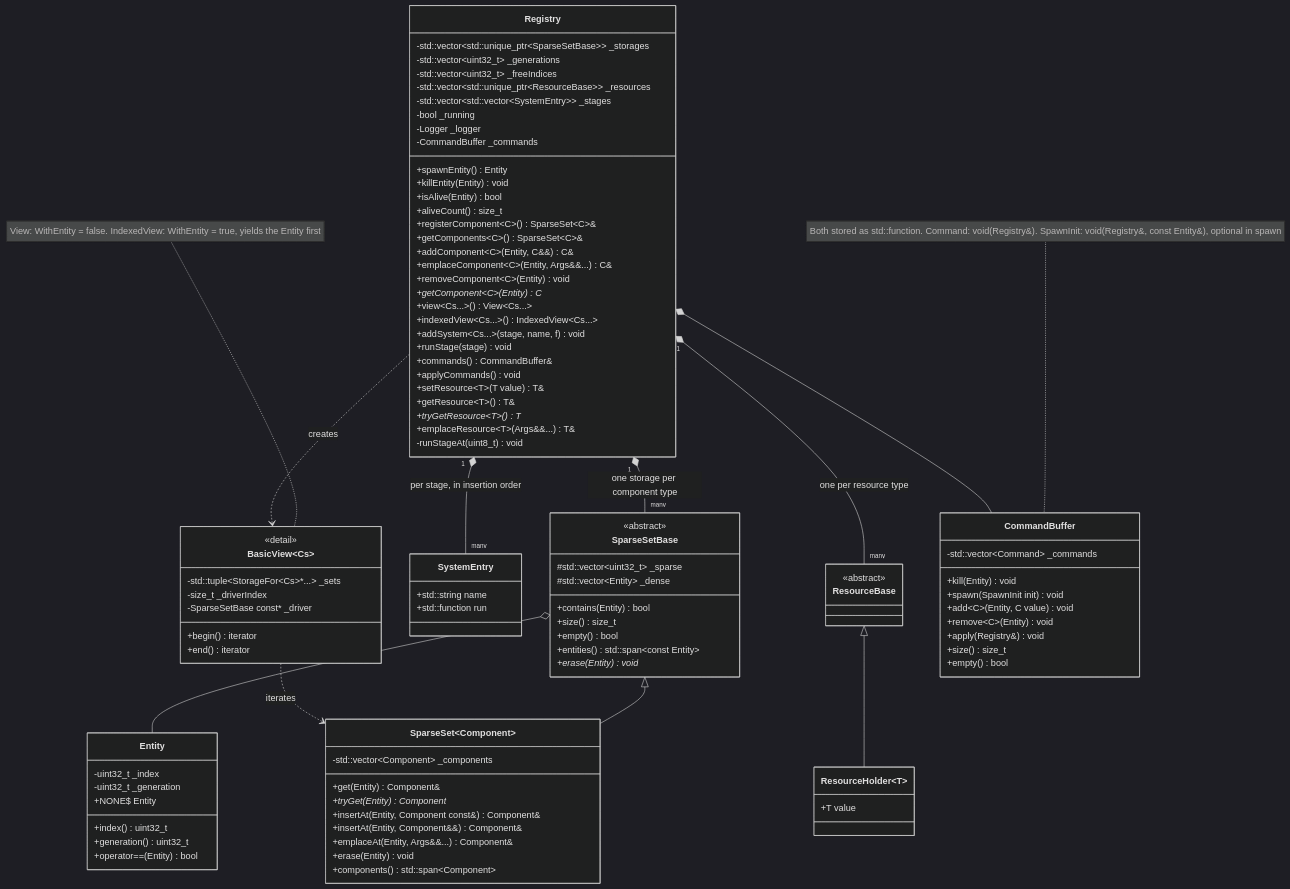
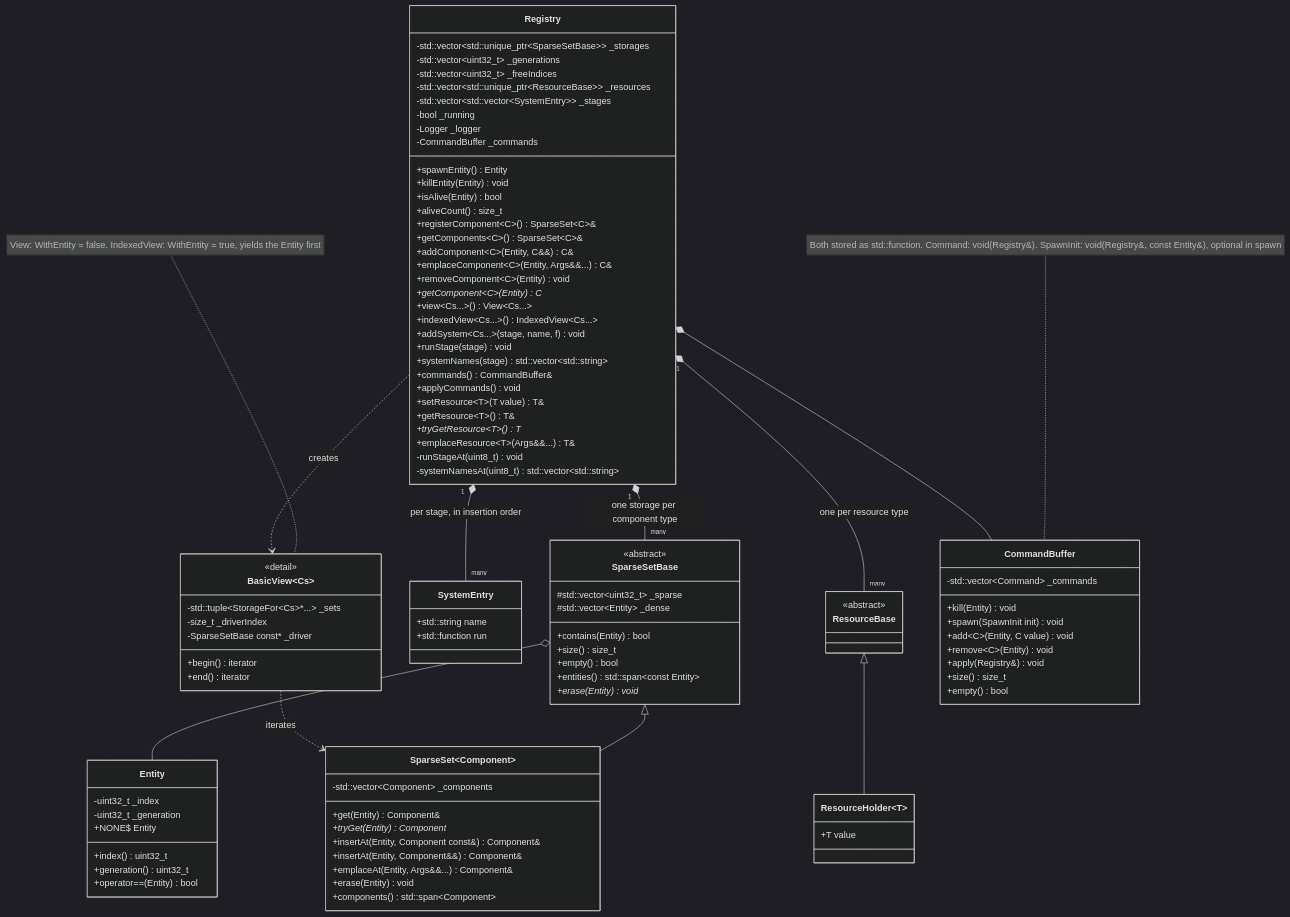
One commit to janumaruku/r-type changed the second of 6 diagrams in docs/modules/engine.md. Above: the diagram before and after it, drawn with Mermaid (dark theme). The commit also changed other lines of this file and 4 other files, not shown here.

First line of the commit message:
docs(game): RTP-100 #comment Document GameWorld and Registry::systemNames

```diff
--- a/docs/modules/engine.md
+++ b/docs/modules/engine.md
@@ -275,6 +275,7 @@
         +indexedView~Cs...~() IndexedView~Cs...~
         +addSystem~Cs...~(stage, name, f) void
         +runStage(stage) void
+        +systemNames(stage) std::vector~std::string~
         +commands() CommandBuffer&
         +applyCommands() void
         +setResource~T~(T value) T&
@@ -282,6 +283,7 @@
         +tryGetResource~T~() T*
         +emplaceResource~T~(Args&&...) T&
         -runStageAt(uint8_t) void
+        -systemNamesAt(uint8_t) std::vector~std::string~
     }
     class SystemEntry {
         +std::string name
```
